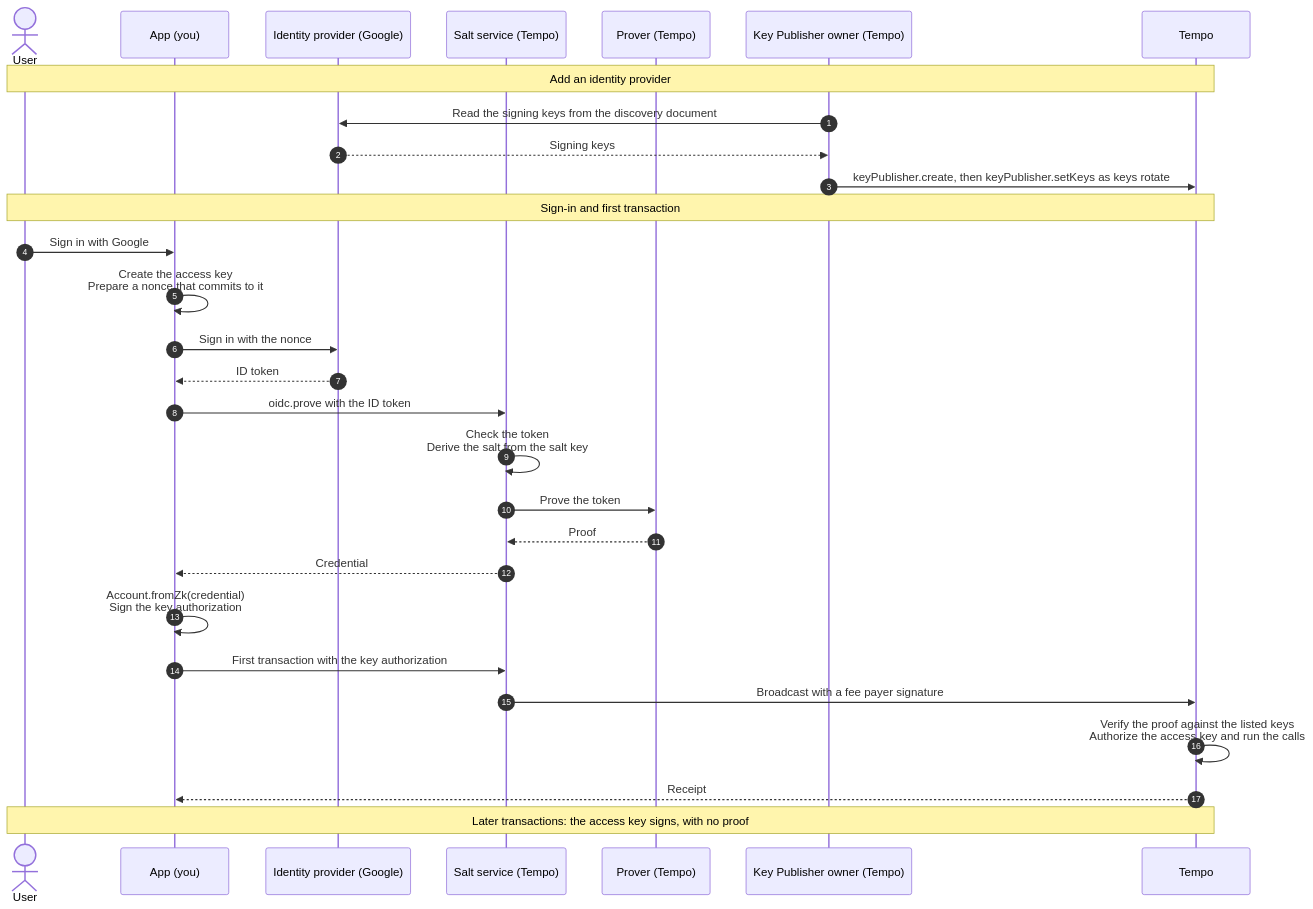
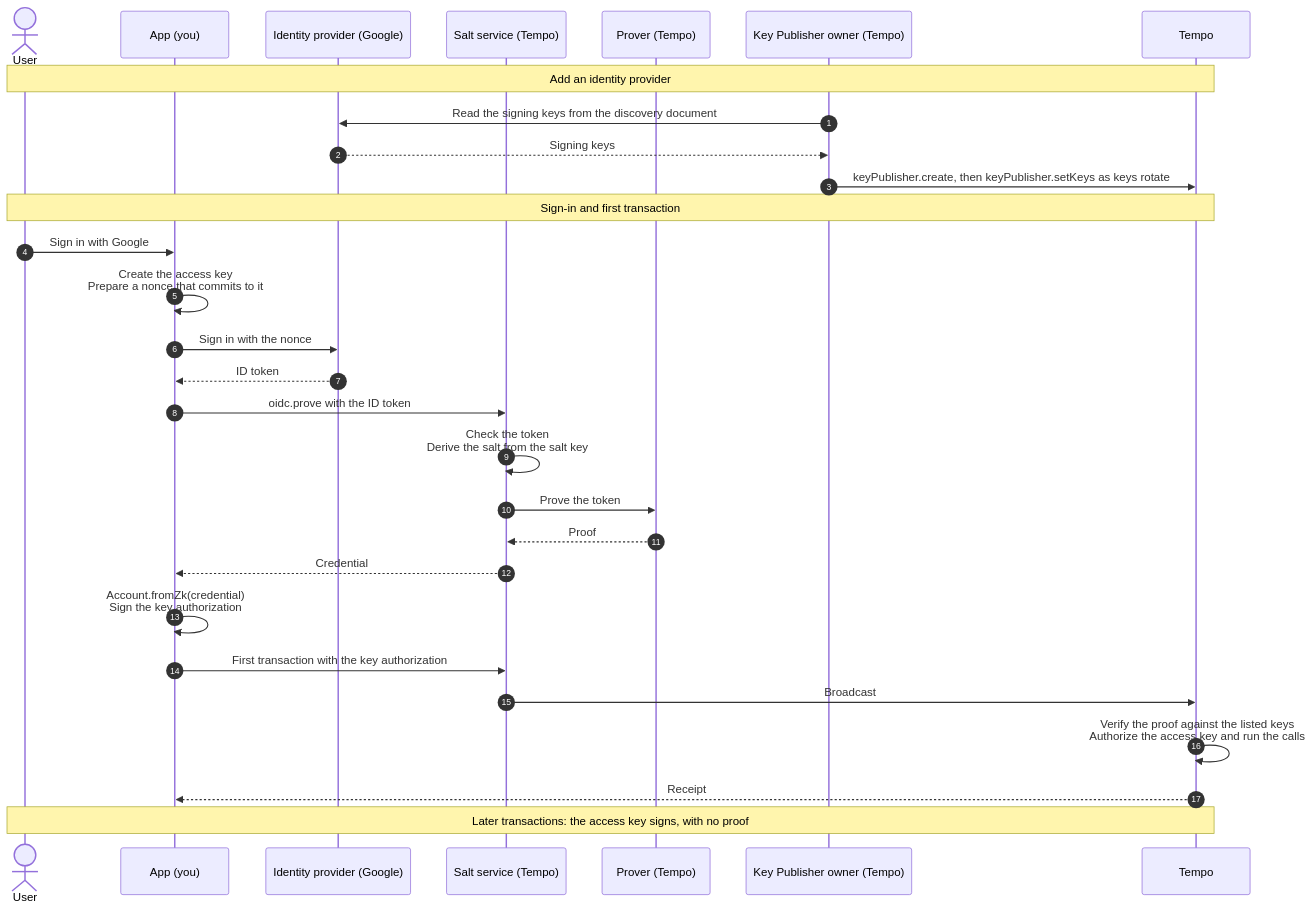
The diagram in site/pages/tempo/guides/oidc/index.mdx (wevm/viem), drawn with Mermaid before and after one commit.

Commit message:
docs(tempo): simplify the broadcast step in the OIDC sequence
Claude-Session: https://claude.ai/code/session_01LTUJnFqYJRBeUN7AGiFmaF

````diff
--- a/site/pages/tempo/guides/oidc/index.mdx
+++ b/site/pages/tempo/guides/oidc/index.mdx
@@ -27,34 +27,34 @@
 ```mermaid
 sequenceDiagram
     autonumber
     actor U as User
     participant A as App (you)
     participant I as Identity provider (Google)
     participant S as Salt service (Tempo)
     participant P as Prover (Tempo)
     participant K as Key Publisher owner (Tempo)
     participant T as Tempo
 
     Note over U,T: Add an identity provider
     K->>I: Read the signing keys from the discovery document
     I-->>K: Signing keys
     K->>T: keyPublisher.create, then keyPublisher.setKeys as keys rotate
 
     Note over U,T: Sign-in and first transaction
     U->>A: Sign in with Google
     A->>A: Create the access key<br/>Prepare a nonce that commits to it
     A->>I: Sign in with the nonce
     I-->>A: ID token
     A->>S: oidc.prove with the ID token
     S->>S: Check the token<br/>Derive the salt from the salt key
     S->>P: Prove the token
     P-->>S: Proof
     S-->>A: Credential
     A->>A: Account.fromZk(credential)<br/>Sign the key authorization
     A->>S: First transaction with the key authorization
-    S->>T: Broadcast with a fee payer signature
+    S->>T: Broadcast
     T->>T: Verify the proof against the listed keys<br/>Authorize the access key and run the calls
     T-->>A: Receipt
 
     Note over U,T: Later transactions: the access key signs, with no proof
 ```
````
